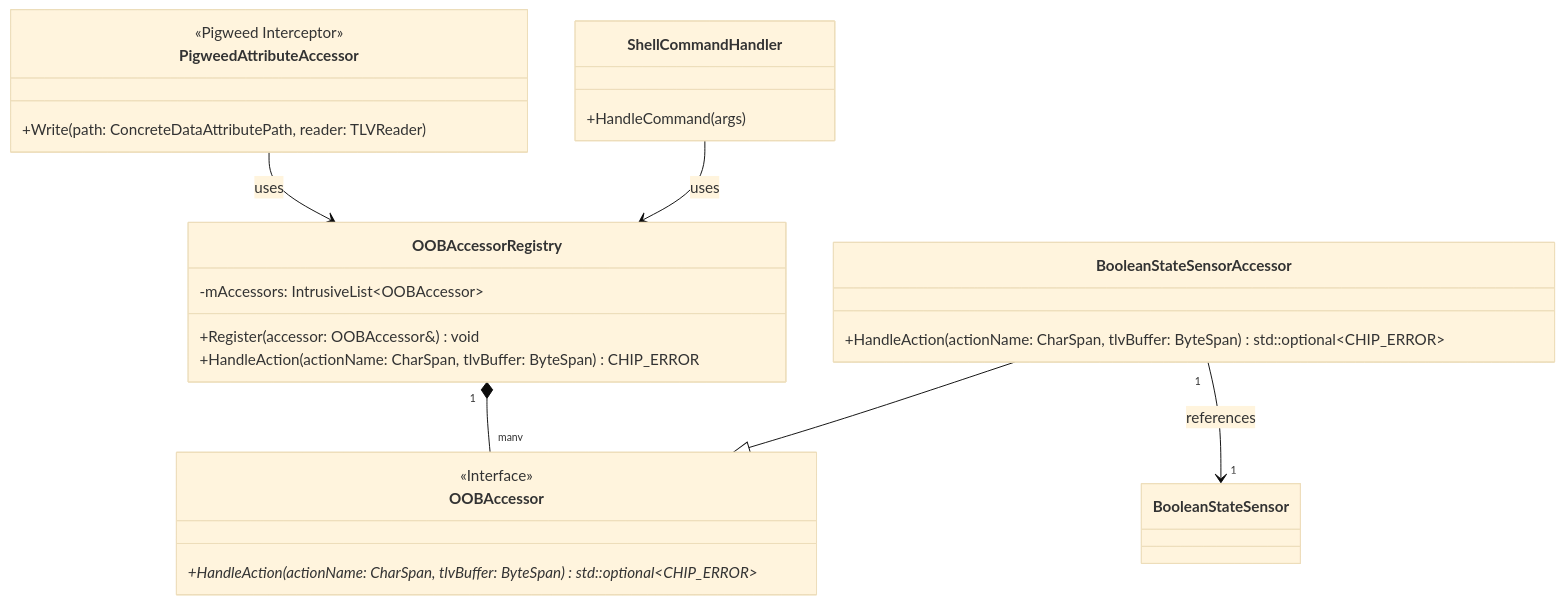
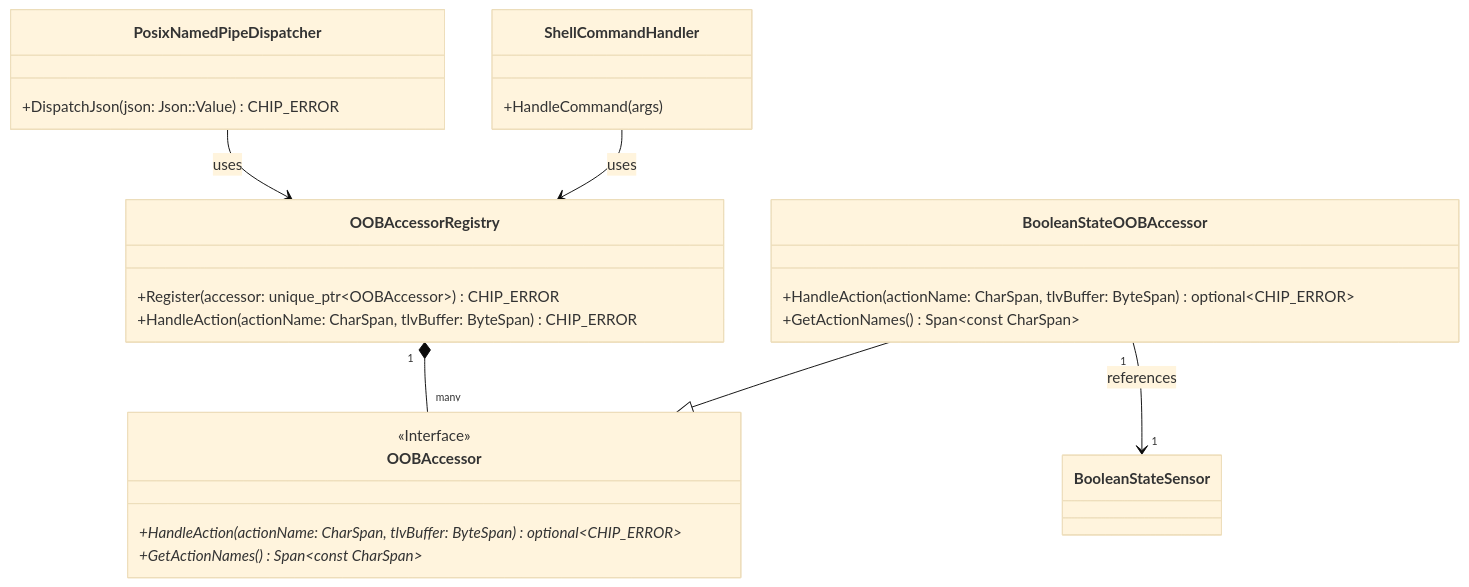
Before and after one commit to project-chip/connectedhomeip: the diagram in examples/all-devices-app/all-devices-common/oob-accessors/README.md, drawn with Mermaid (base theme). The commit also changed 15 other files, not shown here.

First line of the commit message:
all-devices-app: address review feedback on OOB accessors and Named Pipe dispatch

````diff
--- a/examples/all-devices-app/all-devices-common/oob-accessors/README.md
+++ b/examples/all-devices-app/all-devices-common/oob-accessors/README.md
@@ -18,31 +18,31 @@
 ```mermaid
 classDiagram
     class OOBAccessorRegistry {
-        -mAccessors: IntrusiveList~OOBAccessor~
-        +Register(accessor: OOBAccessor&) void
+        +Register(accessor: unique_ptr~OOBAccessor~) CHIP_ERROR
         +HandleAction(actionName: CharSpan, tlvBuffer: ByteSpan) CHIP_ERROR
     }
     class OOBAccessor {
         <<Interface>>
-        +HandleAction(actionName: CharSpan, tlvBuffer: ByteSpan) std::optional~CHIP_ERROR~*
+        +HandleAction(actionName: CharSpan, tlvBuffer: ByteSpan) optional~CHIP_ERROR~*
+        +GetActionNames() Span~const CharSpan~*
     }
-    class BooleanStateSensorAccessor {
-        +HandleAction(actionName: CharSpan, tlvBuffer: ByteSpan) std::optional~CHIP_ERROR~
+    class BooleanStateOOBAccessor {
+        +HandleAction(actionName: CharSpan, tlvBuffer: ByteSpan) optional~CHIP_ERROR~
+        +GetActionNames() Span~const CharSpan~
     }
     class BooleanStateSensor {
     }
 
-    class PigweedAttributeAccessor {
-        <<Pigweed Interceptor>>
-        +Write(path: ConcreteDataAttributePath, reader: TLVReader)
+    class PosixNamedPipeDispatcher {
+        +DispatchJson(json: Json::Value) CHIP_ERROR
     }
     class ShellCommandHandler {
         +HandleCommand(args)
     }
 
     OOBAccessorRegistry "1" *-- "many" OOBAccessor
-    BooleanStateSensorAccessor --|> OOBAccessor
-    BooleanStateSensorAccessor "1" --> "1" BooleanStateSensor : references
-    PigweedAttributeAccessor --> OOBAccessorRegistry : uses
+    BooleanStateOOBAccessor --|> OOBAccessor
+    BooleanStateOOBAccessor "1" --> "1" BooleanStateSensor : references
+    PosixNamedPipeDispatcher --> OOBAccessorRegistry : uses
     ShellCommandHandler --> OOBAccessorRegistry : uses
 ```
````
